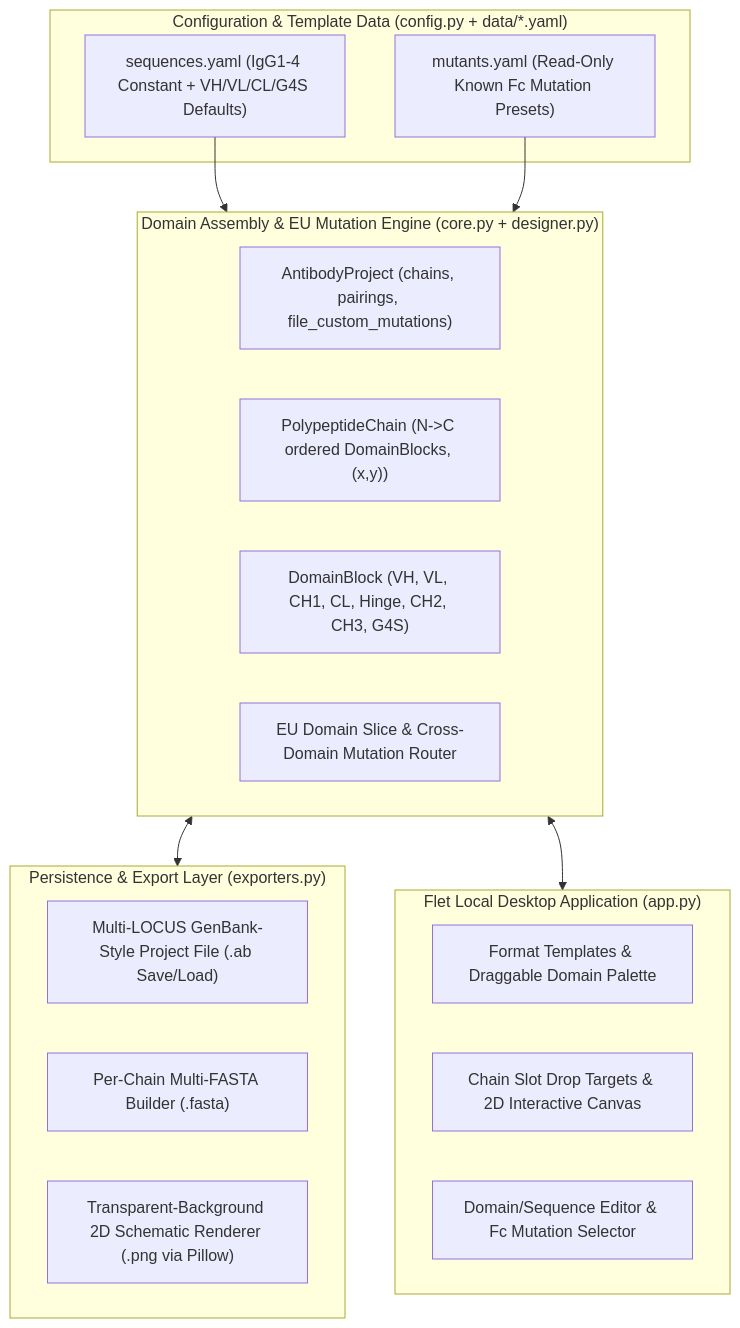
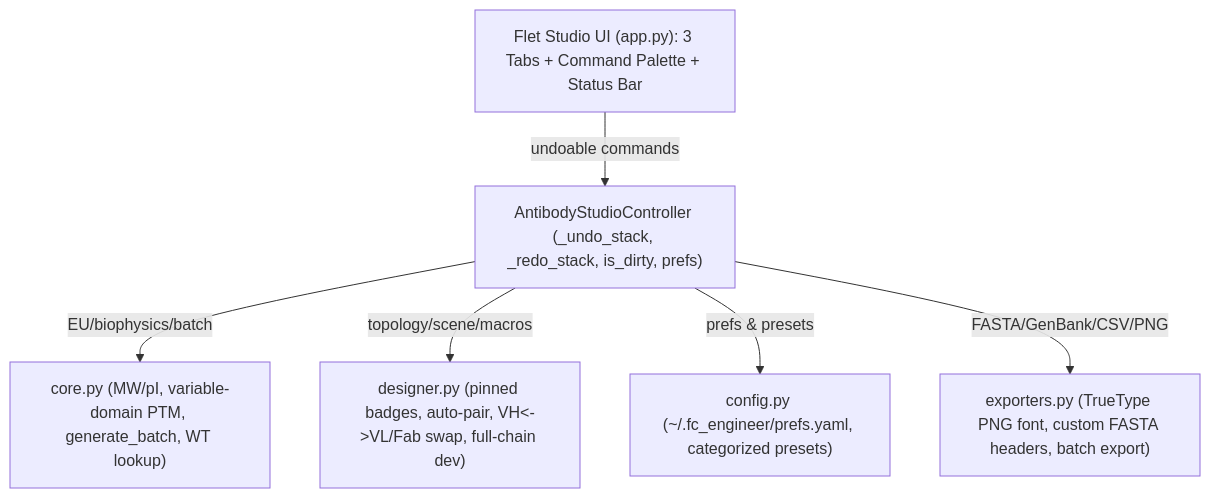
Before and after one commit to partrita/Fc-engineering-studio: the diagram in docs/designs/design_draft.md, drawn with Mermaid. The commit also changed other lines of this file and 18 other files, not shown here.

````diff
--- a/docs/designs/design_draft.md
+++ b/docs/designs/design_draft.md
@@ -42,31 +34,8 @@
 ```mermaid
 flowchart TD
-    subgraph ConfigLayer["Configuration & Template Data (config.py + data/*.yaml)"]
-        SEQ["sequences.yaml (IgG1-4 Constant + VH/VL/CL/G4S Defaults)"]
-        MUT["mutants.yaml (Read-Only Known Fc Mutation Presets)"]
-    end
-
-    subgraph EngineLayer["Domain Assembly & EU Mutation Engine (core.py + designer.py)"]
-        PROJ["AntibodyProject (chains, pairings, file_custom_mutations)"]
-        CHAIN["PolypeptideChain (N->C ordered DomainBlocks, (x,y))"]
-        DOM["DomainBlock (VH, VL, CH1, CL, Hinge, CH2, CH3, G4S)"]
-        ROUTER["EU Domain Slice & Cross-Domain Mutation Router"]
-    end
-
-    subgraph ExportLayer["Persistence & Export Layer (exporters.py)"]
-        AB["Multi-LOCUS GenBank-Style Project File (.ab Save/Load)"]
-        FASTA["Per-Chain Multi-FASTA Builder (.fasta)"]
-        PNG["Transparent-Background 2D Schematic Renderer (.png via Pillow)"]
-    end
-
-    subgraph GUILayer["Flet Local Desktop Application (app.py)"]
-        PALETTE["Format Templates & Draggable Domain Palette"]
-        WORKSPACE["Chain Slot Drop Targets & 2D Interactive Canvas"]
-        INSPECTOR["Domain/Sequence Editor & Fc Mutation Selector"]
-    end
-
-    SEQ --> EngineLayer
-    MUT --> EngineLayer
-    EngineLayer <--> ExportLayer
-    EngineLayer <--> GUILayer
+    UI["Flet Studio UI (app.py): 3 Tabs + Command Palette + Status Bar"] -->|"undoable commands"| Ctrl["AntibodyStudioController (_undo_stack, _redo_stack, is_dirty, prefs)"]
+    Ctrl -->|"EU/biophysics/batch"| Core["core.py (MW/pI, variable-domain PTM, generate_batch, WT lookup)"]
+    Ctrl -->|"topology/scene/macros"| Des["designer.py (pinned badges, auto-pair, VH<->VL/Fab swap, full-chain dev)"]
+    Ctrl -->|"prefs & presets"| Cfg["config.py (~/.fc_engineer/prefs.yaml, categorized presets)"]
+    Ctrl -->|"FASTA/GenBank/CSV/PNG"| Exp["exporters.py (TrueType PNG font, custom FASTA headers, batch export)"]
 ```
````
